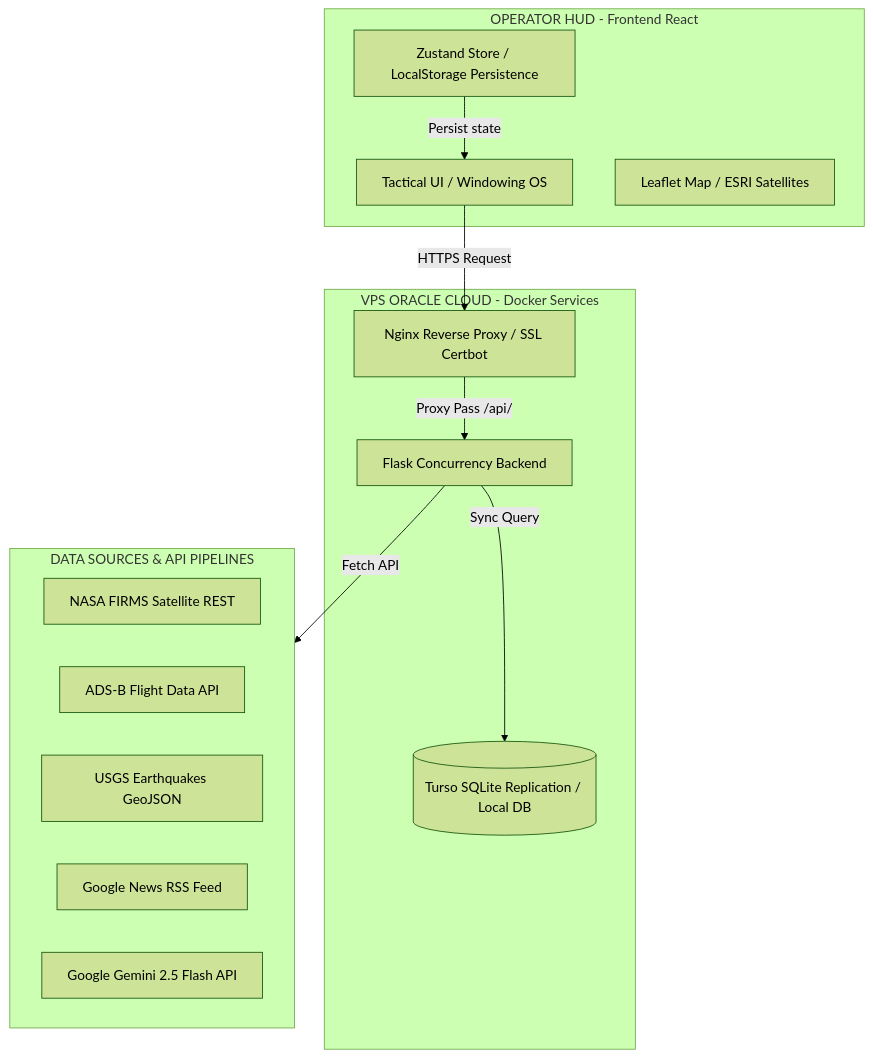
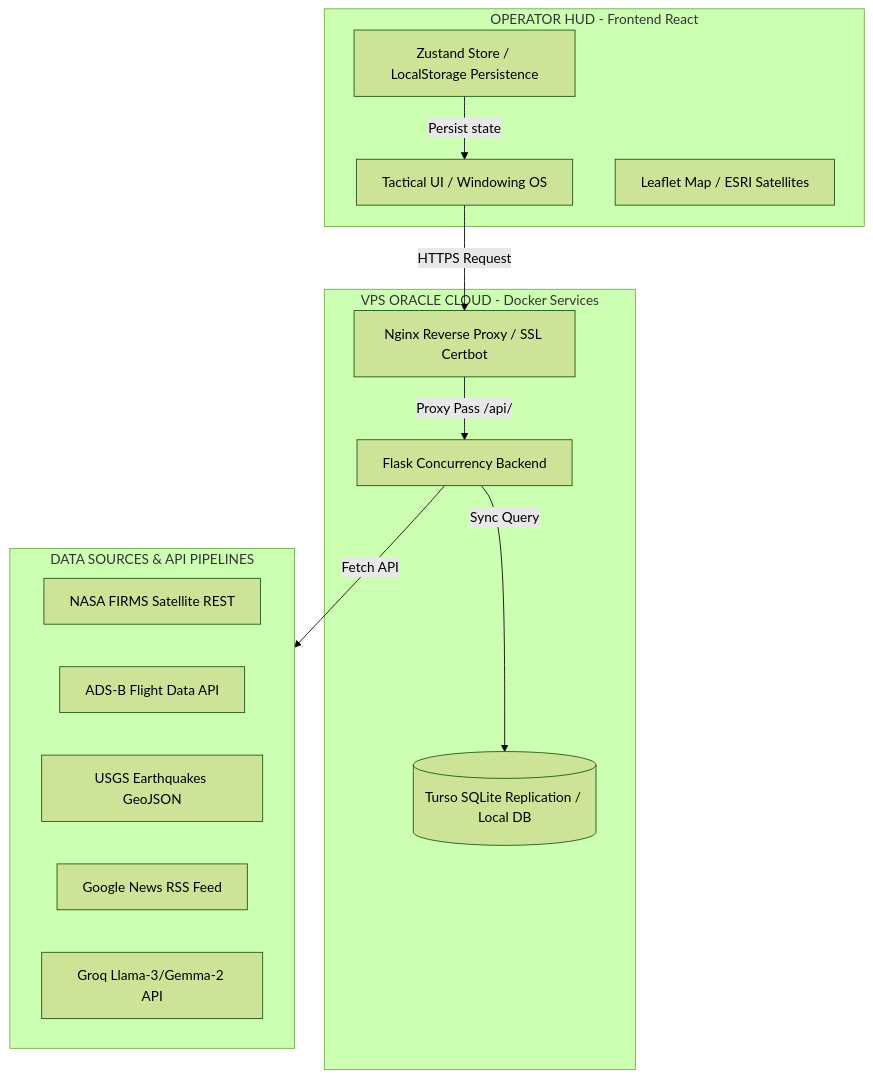
One commit to Quaiz/RavenX changed the diagram in README.md. Above: the diagram before and after it, drawn with Mermaid (forest theme). The commit also changed other lines of this file, not shown here.

Commit message:
docs: update README.md to use Groq API and model fallback cluster instead of Gemini

````diff
--- a/README.md
+++ b/README.md
@@ -33,28 +33,28 @@
 ```mermaid
 graph TD
     subgraph Client [OPERATOR HUD - Frontend React]
         UI[Tactical UI / Windowing OS]
         Map[Leaflet Map / ESRI Satellites]
         Zustand[Zustand Store / LocalStorage Persistence]
     end
 
     subgraph Cloud [VPS ORACLE CLOUD - Docker Services]
         Nginx[Nginx Reverse Proxy / SSL Certbot]
         Flask[Flask Concurrency Backend]
         DB[(Turso SQLite Replication / Local DB)]
     end
 
     subgraph External_Feeds [DATA SOURCES & API PIPELINES]
         NASA[NASA FIRMS Satellite REST]
         ADSB[ADS-B Flight Data API]
         USGS[USGS Earthquakes GeoJSON]
         RSS[Google News RSS Feed]
-        Gemini[Google Gemini 2.5 Flash API]
+        Groq[Groq Llama-3/Gemma-2 API]
     end
 
     UI -->|HTTPS Request| Nginx
     Nginx -->|Proxy Pass /api/| Flask
     Flask -->|Sync Query| DB
     Flask -->|Fetch API| External_Feeds
     Zustand -->|Persist state| UI
 ```
````
